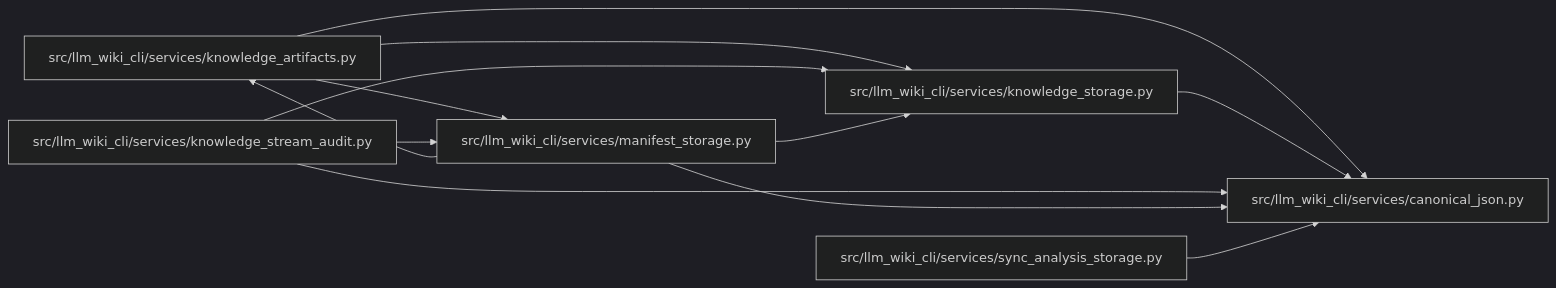
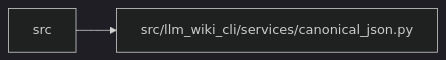
Before and after one commit to Denissvgn/python-wiki-llm: the diagram in docs/llm_wiki/modules/canonical_json.md, drawn with Mermaid (dark theme). The commit also changed other lines of this file and 1555 other files, not shown here.

````diff
--- a/docs/llm_wiki/modules/canonical_json.md
+++ b/docs/llm_wiki/modules/canonical_json.md
@@ -24,26 +25,7 @@
 ```mermaid
 flowchart LR
-    n0["src/llm_wiki_cli/services/canonical_json.py"]
-    n1["src/llm_wiki_cli/services/knowledge_artifacts.py"]
-    n2["src/llm_wiki_cli/services/knowledge_storage.py"]
-    n3["src/llm_wiki_cli/services/knowledge_stream_audit.py"]
-    n4["src/llm_wiki_cli/services/manifest_storage.py"]
-    n5["src/llm_wiki_cli/services/sync_analysis_storage.py"]
-    n1 --> n0
-    n1 --> n2
-    n1 --> n4
-    n2 --> n0
-    n3 --> n0
-    n3 --> n2
-    n3 --> n4
-    n4 --> n0
-    n4 --> n1
-    n4 --> n2
-    n5 --> n0
-    click n0 "../modules/canonical_json.md"
-    click n1 "../modules/knowledge_artifacts.md"
-    click n2 "../modules/knowledge_storage.md"
-    click n3 "../modules/knowledge_stream_audit.md"
-    click n4 "../modules/manifest_storage.md"
-    click n5 "../modules/sync_analysis_storage.md"
+    n0["src"]
+    n1["src/llm_wiki_cli/services/canonical_json.py"]
+    n0 --> n1
+    click n1 "../modules/canonical_json.md"
 ```
````
